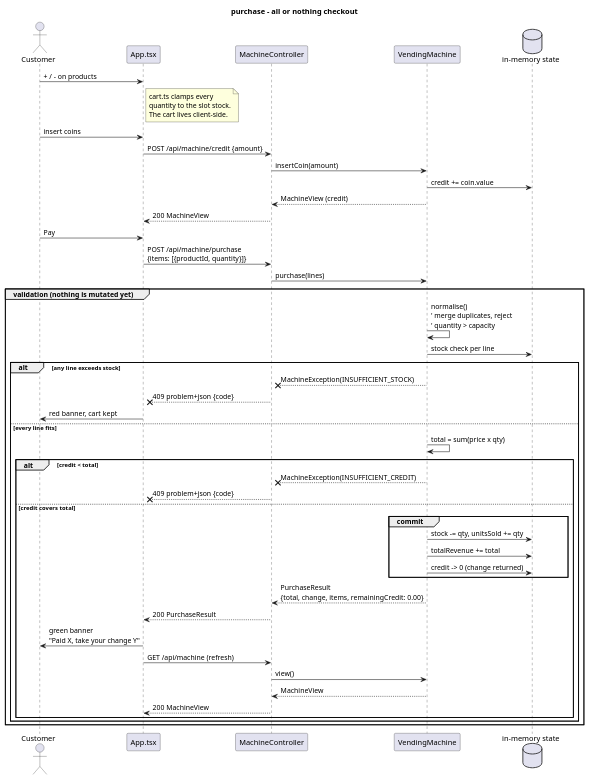
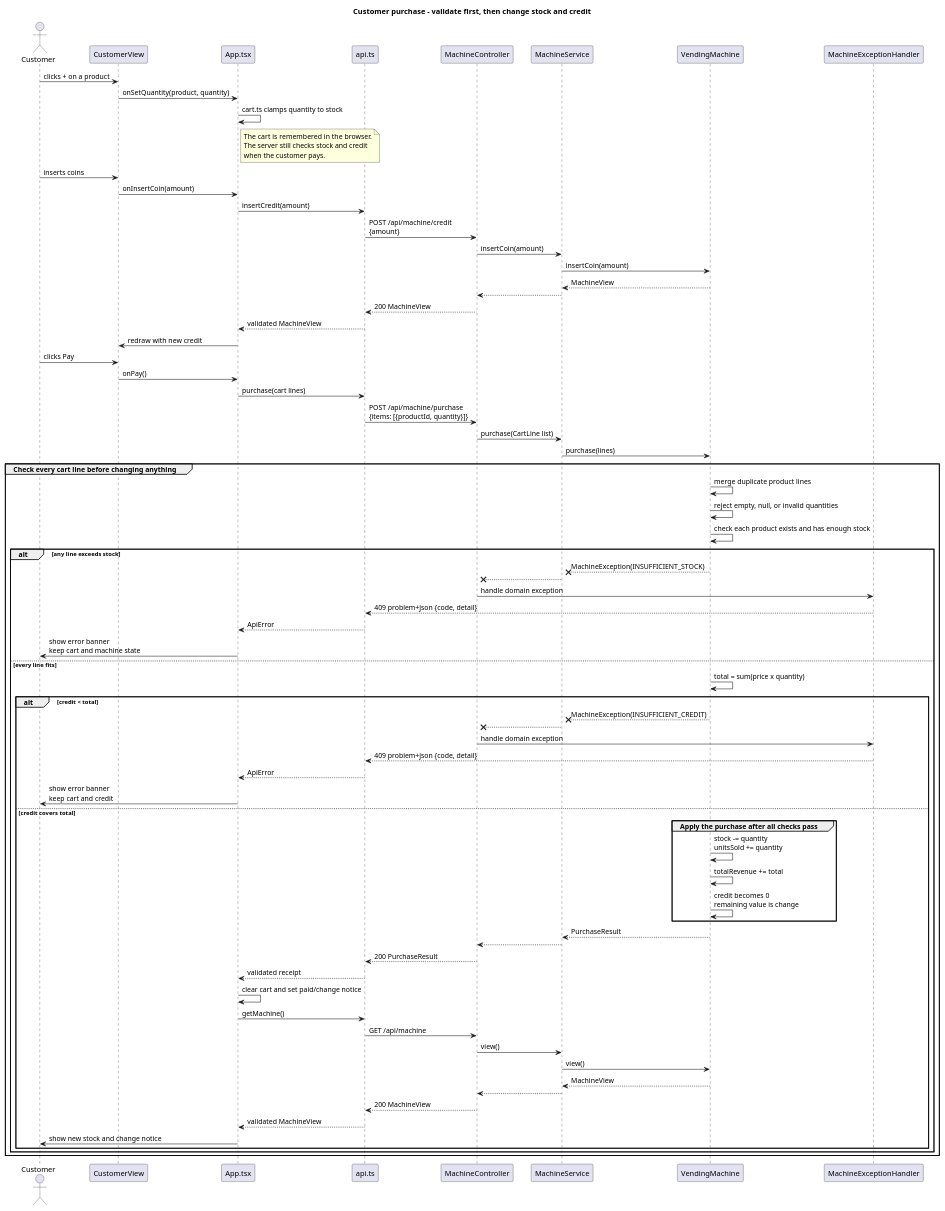
Before and after one commit to mstaszew-dev/vending-machine: the diagram in docs/sequence-purchase.puml, drawn with PlantUML. The commit also changed 21 other files, not shown here.

Commit message:
test+docs: expand test coverage, add PlantUML diagrams and CI coverage step

```diff
--- a/docs/sequence-purchase.puml
+++ b/docs/sequence-purchase.puml
@@ -1,52 +1,84 @@
 @startuml sequence-purchase
-title purchase - all or nothing checkout
+title Customer purchase - validate first, then change stock and credit
 
 actor Customer
-participant "App.tsx" as ui
-participant "MachineController" as ctrl
-participant "VendingMachine" as vm
-database "in-memory state" as state
+participant "CustomerView" as view
+participant "App.tsx" as app
+participant "api.ts" as api
+participant "MachineController" as controller
+participant "MachineService" as service
+participant "VendingMachine" as machine
+participant "MachineExceptionHandler" as errors
 
-Customer -> ui : + / - on products
-note right of ui : cart.ts clamps every\nquantity to the slot stock.\nThe cart lives client-side.
-Customer -> ui : insert coins
-ui -> ctrl : POST /api/machine/credit {amount}
-ctrl -> vm : insertCoin(amount)
-vm -> state : credit += coin.value
-vm --> ctrl : MachineView (credit)
-ctrl --> ui : 200 MachineView
+Customer -> view : clicks + on a product
+view -> app : onSetQuantity(product, quantity)
+app -> app : cart.ts clamps quantity to stock
+note right of app
+  The cart is remembered in the browser.
+  The server still checks stock and credit
+  when the customer pays.
+end note
 
-Customer -> ui : Pay
-ui -> ctrl : POST /api/machine/purchase\n{items: [{productId, quantity}]}
+Customer -> view : inserts coins
+view -> app : onInsertCoin(amount)
+app -> api : insertCredit(amount)
+api -> controller : POST /api/machine/credit\n{amount}
+controller -> service : insertCoin(amount)
+service -> machine : insertCoin(amount)
+machine --> service : MachineView
+service --> controller
+controller --> api : 200 MachineView
+api --> app : validated MachineView
+app -> view : redraw with new credit
 
-ctrl -> vm : purchase(lines)
+Customer -> view : clicks Pay
+view -> app : onPay()
+app -> api : purchase(cart lines)
+api -> controller : POST /api/machine/purchase\n{items: [{productId, quantity}]}
+controller -> service : purchase(CartLine list)
+service -> machine : purchase(lines)
 
-group validation (nothing is mutated yet)
-  vm -> vm : normalise()\n' merge duplicates, reject\n' quantity > capacity
-  vm -> state : stock check per line
+group Check every cart line before changing anything
+  machine -> machine : merge duplicate product lines
+  machine -> machine : reject empty, null, or invalid quantities
+  machine -> machine : check each product exists and has enough stock
   alt any line exceeds stock
-    vm --x ctrl : MachineException(INSUFFICIENT_STOCK)
-    ctrl --x ui : 409 problem+json {code}
-    ui -> Customer : red banner, cart kept
+    machine --x service : MachineException(INSUFFICIENT_STOCK)
+    service --x controller
+    controller -> errors : handle domain exception
+    errors --> api : 409 problem+json {code, detail}
+    api --> app : ApiError
+    app -> Customer : show error banner\nkeep cart and machine state
   else every line fits
-    vm -> vm : total = sum(price x qty)
+    machine -> machine : total = sum(price x quantity)
     alt credit < total
-      vm --x ctrl : MachineException(INSUFFICIENT_CREDIT)
-      ctrl --x ui : 409 problem+json {code}
+      machine --x service : MachineException(INSUFFICIENT_CREDIT)
+      service --x controller
+      controller -> errors : handle domain exception
+      errors --> api : 409 problem+json {code, detail}
+      api --> app : ApiError
+      app -> Customer : show error banner\nkeep cart and credit
     else credit covers total
-      group commit
-        vm -> state : stock -= qty, unitsSold += qty
-        vm -> state : totalRevenue += total
-        vm -> state : credit -> 0 (change returned)
+      group Apply the purchase after all checks pass
+        machine -> machine : stock -= quantity\nunitsSold += quantity
+        machine -> machine : totalRevenue += total
+        machine -> machine : credit becomes 0\nremaining value is change
       end
-      vm --> ctrl : PurchaseResult\n{total, change, items, remainingCredit: 0.00}
-      ctrl --> ui : 200 PurchaseResult
-      ui -> Customer : green banner\n"Paid X, take your change Y"
-      ui -> ctrl : GET /api/machine (refresh)
-      ctrl -> vm : view()
-      vm --> ctrl : MachineView
-      ctrl --> ui : 200 MachineView
+      machine --> service : PurchaseResult
+      service --> controller
+      controller --> api : 200 PurchaseResult
+      api --> app : validated receipt
+      app -> app : clear cart and set paid/change notice
+      app -> api : getMachine()
+      api -> controller : GET /api/machine
+      controller -> service : view()
+      service -> machine : view()
+      machine --> service : MachineView
+      service --> controller
+      controller --> api : 200 MachineView
+      api --> app : validated MachineView
+      app -> Customer : show new stock and change notice
     end
   end
 end
 @enduml
```
